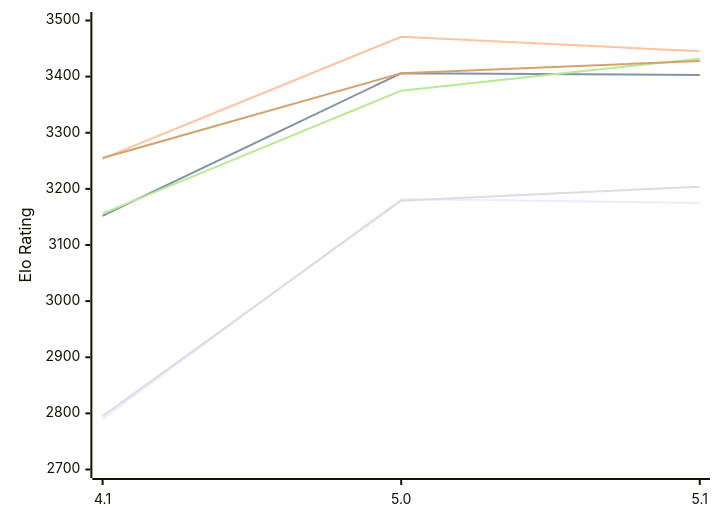
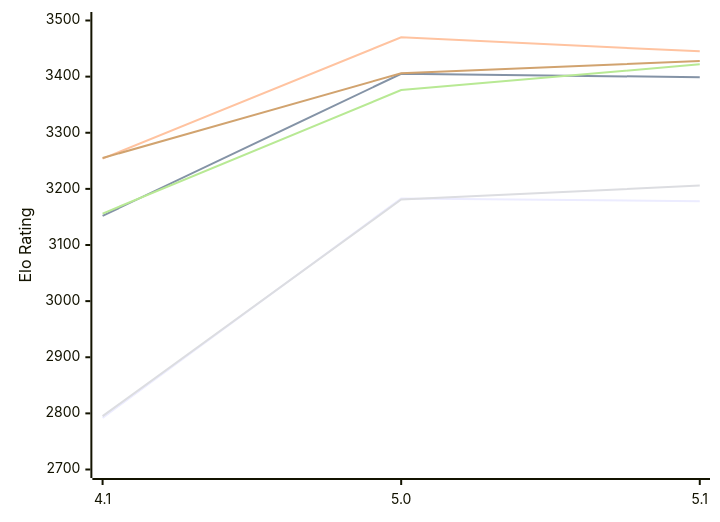
One commit to computer-chess-index/cci changed the diagram in engines/NarcNext.md. Above: the diagram before and after it, drawn with Mermaid. The commit also changed other lines of this file, not shown here.

Commit message:
Update CCI Ratings (ELO VLTC) - 2026-11-27

````diff
--- a/engines/NarcNext.md
+++ b/engines/NarcNext.md
@@ -51,12 +51,12 @@
 ```mermaid
 %%{init: {"theme":"base","themeVariables":{"seriesColors:['#a3a3a3','#222221','#faa371']}}}%%
 xychart-beta
   x-axis ["4.1", "5.0", "5.1"]
   y-axis "Elo Rating" 2700 --> 3500
-  line "E1: STC (8.0+0.08s)" [2790, 3182, 3175]
-  line "E1: LTC (60.0+0.60s)" [3152, 3406, 3403]
-  line "E1: VLTC (2m24s+1.12s)" [3254, 3471, 3445]
-  line "P1: STC (8.0+0.08s)" [2795, 3179, 3204]
-  line "P1: LTC (60.0+0.60s)" [3156, 3375, 3432]
+  line "E1: STC (8.0+0.08s)" [2792, 3183, 3178]
+  line "E1: LTC (60.0+0.60s)" [3152, 3405, 3399]
+  line "E1: VLTC (2m24s+1.12s)" [3254, 3470, 3445]
+  line "P1: STC (8.0+0.08s)" [2795, 3181, 3206]
+  line "P1: LTC (60.0+0.60s)" [3156, 3376, 3422]
   line "P1: VLTC (2m24s+1.12s)" [3255, 3406, 3428]
 ```
````
